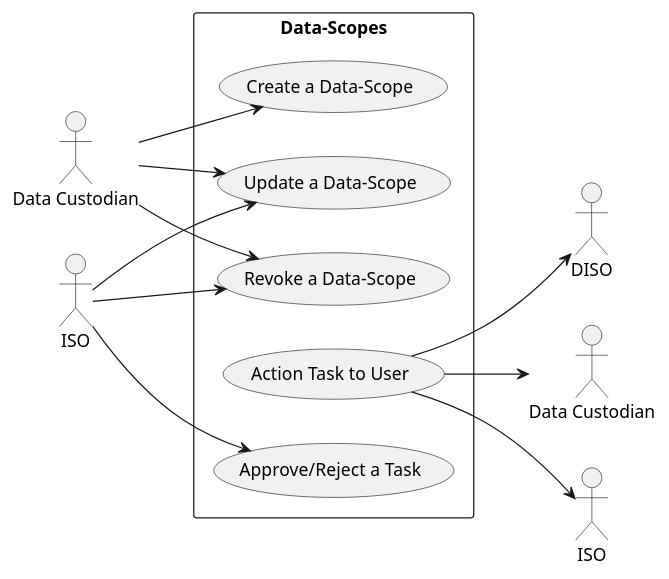
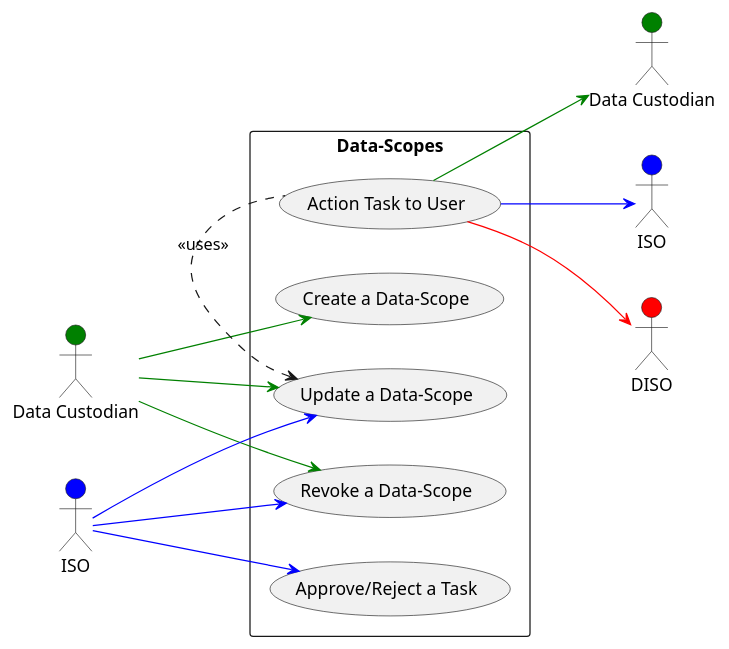
Before and after one commit to COS301-SE-2023/InfoSafe: the diagram in Documentation/Diagrams/Data-Scope's.puml, drawn with PlantUML. The commit also changed 2 other files, not shown here.

Commit message:
Updated the usecase diagrams.
Added colour separation and uses.

```diff
--- a/Documentation/Diagrams/Data-Scope's.puml
+++ b/Documentation/Diagrams/Data-Scope's.puml
@@ -1,22 +1,25 @@
 @startuml
 left to right direction
-actor "Data Custodian" as ds
-actor "ISO" as iso
-actor "DISO" as diso
+actor "Data Custodian" as ds #green
+actor "Data Custodian" as ds2 #green
+actor "ISO" as iso #blue
+actor "ISO" as iso2 #blue
+actor "DISO" as diso #red
 rectangle Data-Scopes {
   usecase "Create a Data-Scope" as UC1
   usecase "Update a Data-Scope" as UC2
   usecase "Revoke a Data-Scope" as UC3
   usecase "Action Task to User" as UC4
   usecase "Approve/Reject a Task" as UC5
 }
-ds --> UC1
-ds --> UC2
-ds --> UC3
-iso --> UC2
-iso --> UC3
-iso --> UC5
-UC4 --> "Data Custodian"
-UC4 --> "ISO"
-UC4 --> diso
+ds -[#green]-> UC1
+ds -[#green]-> UC2
+ds -[#green]-> UC3
+iso -[#blue]-> UC2
+iso -[#blue]-> UC3
+iso -[#blue]-> UC5
+UC4 -[#green]-> ds2
+UC4 -[#blue]-> iso2
+UC4 -[#red]-> diso
+UC2 <. UC4 : <<uses>>
 @enduml
```
